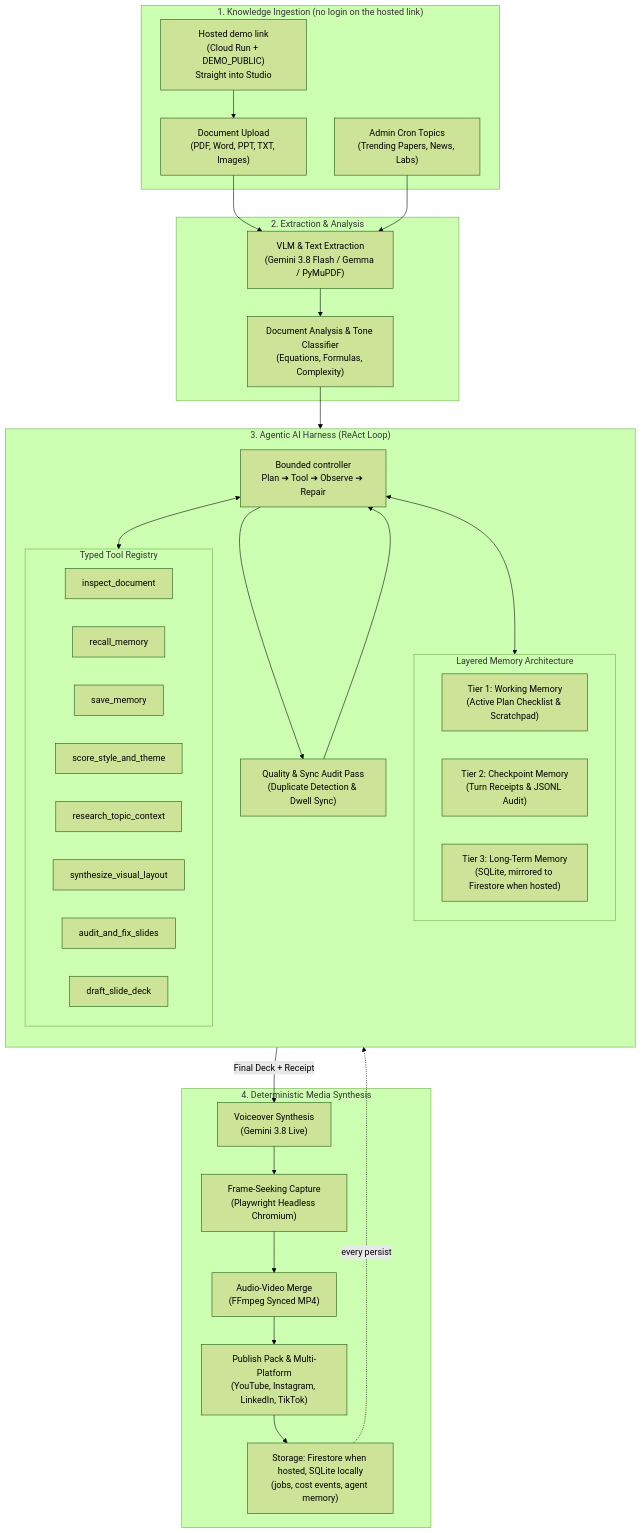
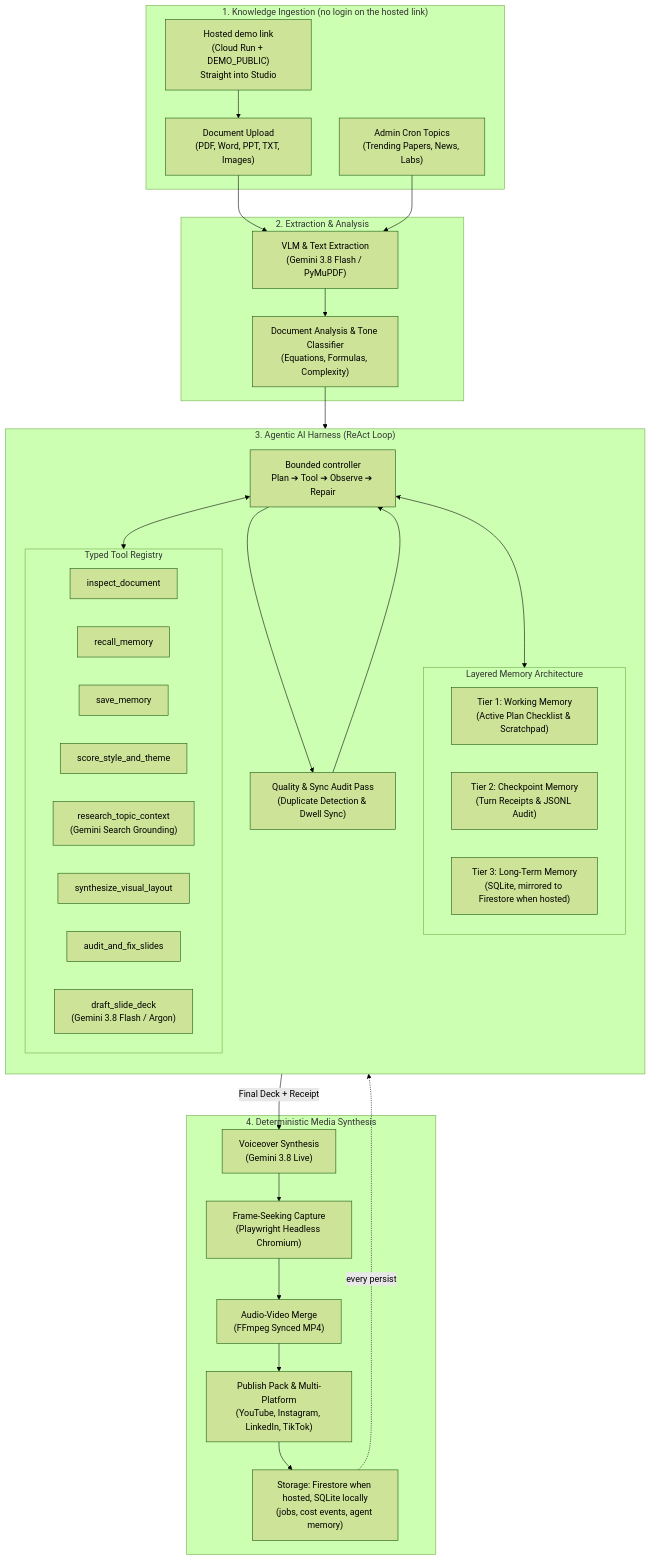
The diagram in README.md (saitej123/Gemini-Multimodal-Studio), drawn with Mermaid (forest theme) before and after one commit. The commit also changed other lines of this file, not shown here.

````diff
--- a/README.md
+++ b/README.md
@@ -148,62 +148,62 @@
 ```mermaid
 flowchart TD
     subgraph Inputs["1. Knowledge Ingestion (no login on the hosted link)"]
         Demo["Hosted demo link<br/>(Cloud Run + DEMO_PUBLIC)<br/>Straight into Studio"]
         Doc["Document Upload<br/>(PDF, Word, PPT, TXT, Images)"]
         Cron["Admin Cron Topics<br/>(Trending Papers, News, Labs)"]
     end
 
     subgraph ExtractStage["2. Extraction & Analysis"]
-        VLM["VLM & Text Extraction<br/>(Gemini 3.8 Flash / Gemma / PyMuPDF)"]
+        VLM["VLM & Text Extraction<br/>(Gemini 3.8 Flash / PyMuPDF)"]
         Analysis["Document Analysis & Tone Classifier<br/>(Equations, Formulas, Complexity)"]
     end
 
     subgraph AgentHarness["3. Agentic AI Harness (ReAct Loop)"]
         direction TB
         subgraph MemoryTiers["Layered Memory Architecture"]
             WM["Tier 1: Working Memory<br/>(Active Plan Checklist & Scratchpad)"]
             CM["Tier 2: Checkpoint Memory<br/>(Turn Receipts & JSONL Audit)"]
             LTM["Tier 3: Long-Term Memory<br/>(SQLite, mirrored to Firestore when hosted)"]
         end
 
         subgraph ToolRegistry["Typed Tool Registry"]
             T1["inspect_document"]
             T2["recall_memory"]
             T3["save_memory"]
             T4["score_style_and_theme"]
-            T5["research_topic_context"]
+            T5["research_topic_context<br/>(Gemini Search Grounding)"]
             T6["synthesize_visual_layout"]
             T7["audit_and_fix_slides"]
-            T8["draft_slide_deck"]
+            T8["draft_slide_deck<br/>(Gemini 3.8 Flash / Argon)"]
         end
 
         ReAct["Bounded controller<br/>Plan ➔ Tool ➔ Observe ➔ Repair"]
         Audit["Quality & Sync Audit Pass<br/>(Duplicate Detection & Dwell Sync)"]
     end
 
     subgraph VideoPipeline["4. Deterministic Media Synthesis"]
         Narrate["Voiceover Synthesis<br/>(Gemini 3.8 Live)"]
         Capture["Frame-Seeking Capture<br/>(Playwright Headless Chromium)"]
         Merge["Audio-Video Merge<br/>(FFmpeg Synced MP4)"]
         Publish["Publish Pack & Multi-Platform<br/>(YouTube, Instagram, LinkedIn, TikTok)"]
         Store["Storage: Firestore when hosted, SQLite locally<br/>(jobs, cost events, agent memory)"]
     end
 
     Demo --> Doc
     Doc --> VLM
     Cron --> VLM
     VLM --> Analysis
     Analysis --> ReAct
 
     ReAct <--> MemoryTiers
     ReAct <--> ToolRegistry
     ReAct --> Audit
     Audit --> ReAct
     ReAct -->|Final Deck + Receipt| Narrate
 
     Narrate --> Capture
     Capture --> Merge
     Merge --> Publish
     Publish --> Store
     Store -. every persist .-> ReAct
 ```
````
